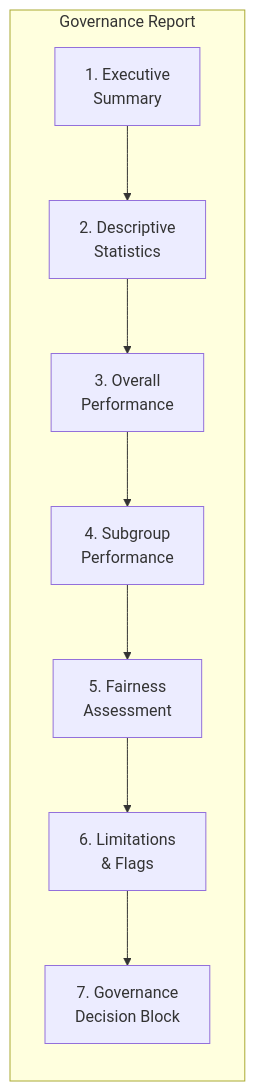
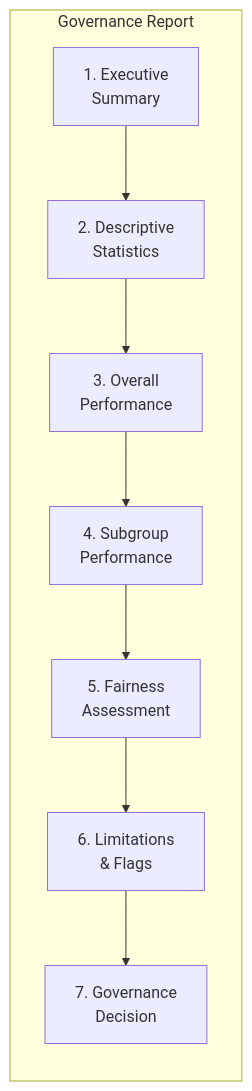
The second of 2 diagrams in docs/ARCHITECTURE.md (riccc-rush-lab/faircareai), drawn with Mermaid before and after one commit. The commit also changed other lines of this file and 6 other files, not shown here.

````diff
--- a/docs/ARCHITECTURE.md
+++ b/docs/ARCHITECTURE.md
@@ -270,14 +268,14 @@
 ```mermaid
 flowchart LR
     subgraph Report["Governance Report"]
         S1["1. Executive<br/>Summary"]
         S2["2. Descriptive<br/>Statistics"]
         S3["3. Overall<br/>Performance"]
         S4["4. Subgroup<br/>Performance"]
         S5["5. Fairness<br/>Assessment"]
         S6["6. Limitations<br/>& Flags"]
-        S7["7. Governance<br/>Decision Block"]
+        S7["7. Governance<br/>Decision"]
     end
 
     S1 --> S2 --> S3 --> S4 --> S5 --> S6 --> S7
 ```
````
